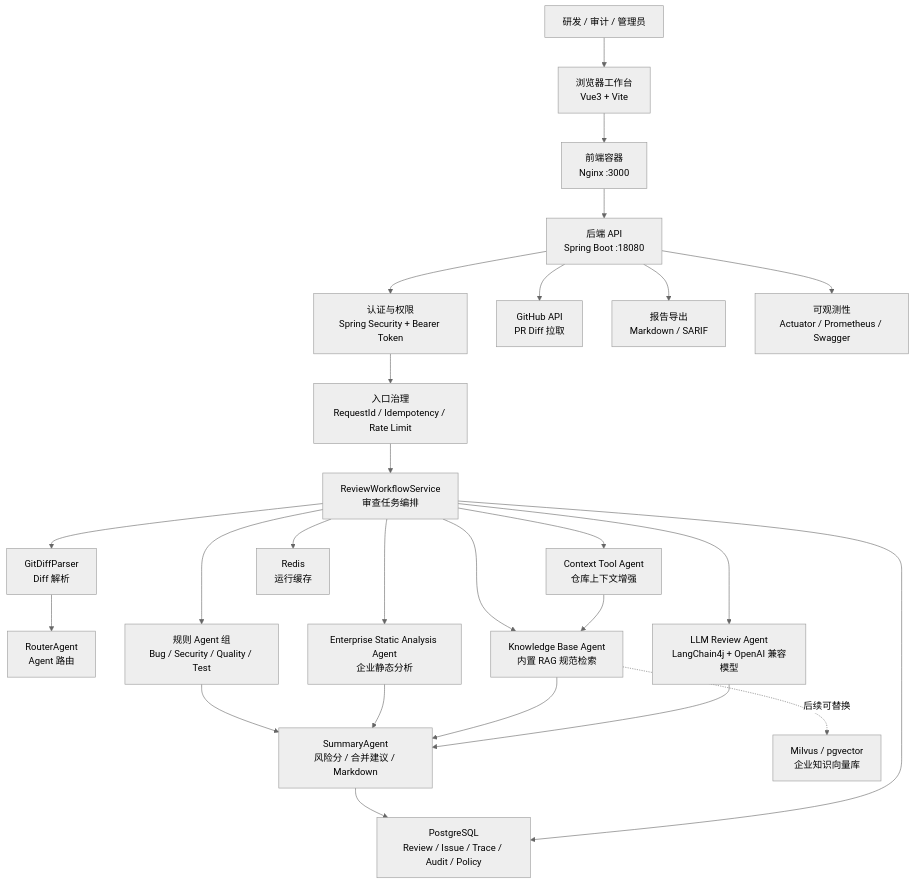
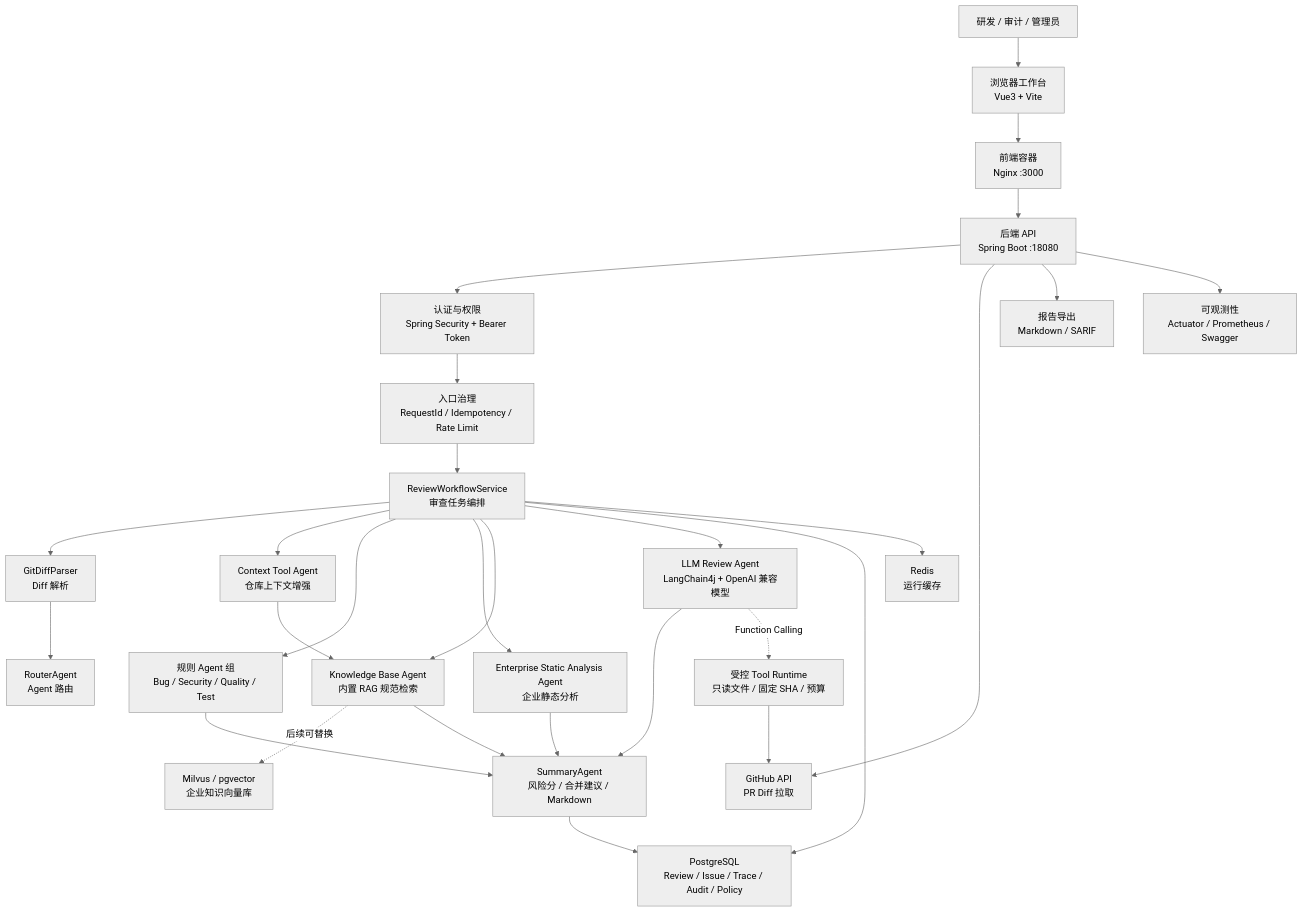
Before and after one commit to xqxyy/CodeGuard-Multi_Agent: the first of 2 diagrams in README.md, drawn with Mermaid (neutral theme). The commit also changed other lines of this file and 20 other files, not shown here.

Commit message:
Harden review workflow and add guarded tool calling

````diff
--- a/README.md
+++ b/README.md
@@ -11,44 +11,46 @@
 ```mermaid
 flowchart TB
     user["研发 / 审计 / 管理员"]
     browser["浏览器工作台<br/>Vue3 + Vite"]
     nginx["前端容器<br/>Nginx :3000"]
     api["后端 API<br/>Spring Boot :18080"]
     security["认证与权限<br/>Spring Security + Bearer Token"]
     governance["入口治理<br/>RequestId / Idempotency / Rate Limit"]
     workflow["ReviewWorkflowService<br/>审查任务编排"]
     parser["GitDiffParser<br/>Diff 解析"]
     router["RouterAgent<br/>Agent 路由"]
     context["Context Tool Agent<br/>仓库上下文增强"]
     rules["规则 Agent 组<br/>Bug / Security / Quality / Test"]
     static["Enterprise Static Analysis Agent<br/>企业静态分析"]
     knowledge["Knowledge Base Agent<br/>内置 RAG 规范检索"]
     llm["LLM Review Agent<br/>LangChain4j + OpenAI 兼容模型"]
+    tools["受控 Tool Runtime<br/>只读文件 / 固定 SHA / 预算"]
     summary["SummaryAgent<br/>风险分 / 合并建议 / Markdown"]
     github["GitHub API<br/>PR Diff 拉取"]
     postgres["PostgreSQL<br/>Review / Issue / Trace / Audit / Policy"]
     redis["Redis<br/>运行缓存"]
     reports["报告导出<br/>Markdown / SARIF"]
     actuator["可观测性<br/>Actuator / Prometheus / Swagger"]
 
     user --> browser --> nginx --> api
     api --> security --> governance --> workflow
     api --> github
     workflow --> parser --> router
     workflow --> context
     workflow --> rules
     workflow --> static
     workflow --> knowledge
     workflow --> llm
     context --> knowledge
     knowledge -. "后续可替换" .-> milvus["Milvus / pgvector<br/>企业知识向量库"]
     rules --> summary
     static --> summary
     knowledge --> summary
     llm --> summary
+    llm -. "Function Calling" .-> tools --> github
     summary --> postgres
     workflow --> postgres
     workflow --> redis
     api --> reports
     api --> actuator
 ```
````
